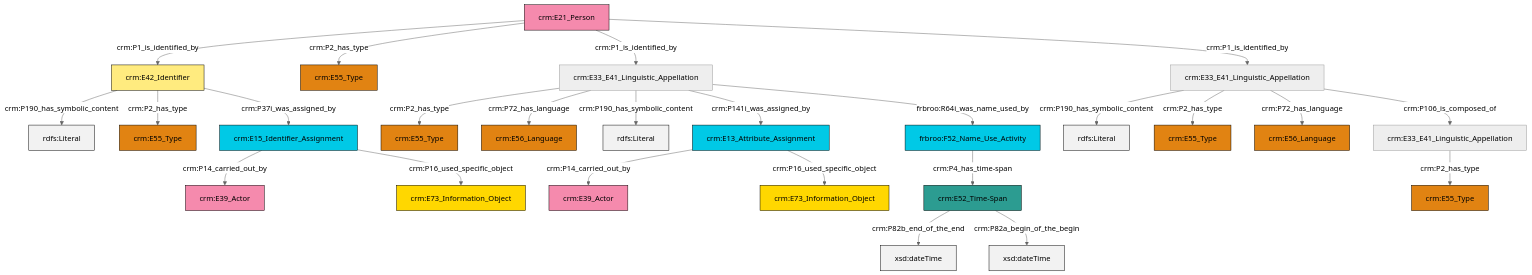
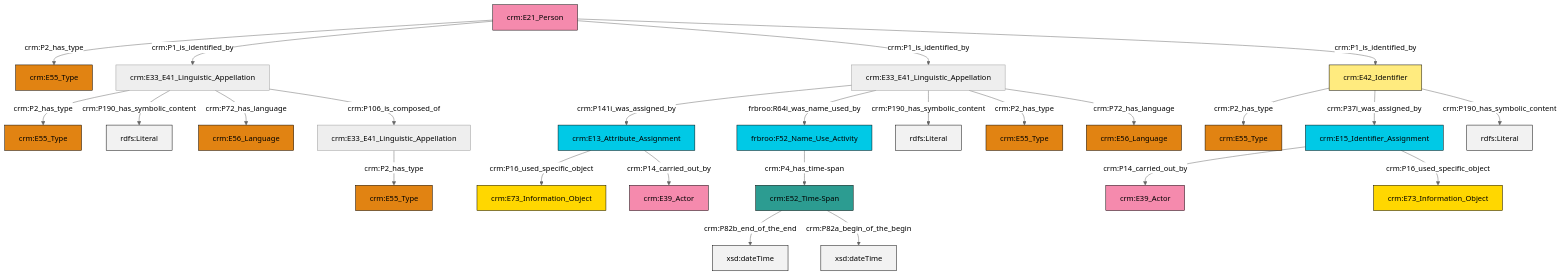
One commit to swiss-art-research-net/reference-data-models changed the diagram in et/personCSV/ttl/mmd/Person_Names_and_Classification.ttl.mmd. Above: the diagram before and after it, drawn with Mermaid (neutral theme). The commit also changed 126 other files, not shown here.

```diff
--- a/et/personCSV/ttl/mmd/Person_Names_and_Classification.ttl.mmd
+++ b/et/personCSV/ttl/mmd/Person_Names_and_Classification.ttl.mmd
@@ -1,39 +1,39 @@
 graph TD
 classDef Literal fill:#f2f2f2,stroke:#000000;
 classDef CRM_Entity fill:#FFFFFF,stroke:#000000;
 classDef Temporal_Entity fill:#00C9E6, stroke:#000000;
 classDef Type fill:#E18312, stroke:#000000;
 classDef Time-Span fill:#2C9C91, stroke:#000000;
 classDef Appellation fill:#FFEB7F, stroke:#000000;
 classDef Place fill:#008836, stroke:#000000;
 classDef Persistent_Item fill:#B266B2, stroke:#000000;
 classDef Conceptual_Object fill:#FFD700, stroke:#000000;
 classDef Physical_Thing fill:#D2B48C, stroke:#000000;
 classDef Actor fill:#f58aad, stroke:#000000;
 classDef PC_Classes fill:#4ce600, stroke:#000000;
 classDef Multi fill:#cccccc,stroke:#000000;
 
-0["crm:E42_Identifier"]:::Appellation -->|crm:P190_has_symbolic_content| 1[rdfs:Literal]:::Literal
-2["crm:E13_Attribute_Assignment"]:::Temporal_Entity -->|crm:P14_carried_out_by| 3["crm:E39_Actor"]:::Actor
-4["crm:E21_Person"]:::Actor -->|crm:P1_is_identified_by| 0["crm:E42_Identifier"]:::Appellation
-11["crm:E33_E41_Linguistic_Appellation"]:::Default -->|crm:P190_has_symbolic_content| 12[rdfs:Literal]:::Literal
-11["crm:E33_E41_Linguistic_Appellation"]:::Default -->|crm:P2_has_type| 14["crm:E55_Type"]:::Type
-2["crm:E13_Attribute_Assignment"]:::Temporal_Entity -->|crm:P16_used_specific_object| 18["crm:E73_Information_Object"]:::Conceptual_Object
-6["frbroo:F52_Name_Use_Activity"]:::Temporal_Entity -->|crm:P4_has_time-span| 19["crm:E52_Time-Span"]:::Time-Span
-22["crm:E33_E41_Linguistic_Appellation"]:::Default -->|crm:P2_has_type| 16["crm:E55_Type"]:::Type
-22["crm:E33_E41_Linguistic_Appellation"]:::Default -->|crm:P72_has_language| 23["crm:E56_Language"]:::Type
-22["crm:E33_E41_Linguistic_Appellation"]:::Default -->|crm:P190_has_symbolic_content| 24[rdfs:Literal]:::Literal
-28["crm:E15_Identifier_Assignment"]:::Temporal_Entity -->|crm:P14_carried_out_by| 29["crm:E39_Actor"]:::Actor
-22["crm:E33_E41_Linguistic_Appellation"]:::Default -->|crm:P141i_was_assigned_by| 2["crm:E13_Attribute_Assignment"]:::Temporal_Entity
-19["crm:E52_Time-Span"]:::Time-Span -->|crm:P82b_end_of_the_end| 31[xsd:dateTime]:::Literal
-9["crm:E33_E41_Linguistic_Appellation"]:::Default -->|crm:P2_has_type| 32["crm:E55_Type"]:::Type
-4["crm:E21_Person"]:::Actor -->|crm:P2_has_type| 33["crm:E55_Type"]:::Type
-22["crm:E33_E41_Linguistic_Appellation"]:::Default -->|frbroo:R64i_was_name_used_by| 6["frbroo:F52_Name_Use_Activity"]:::Temporal_Entity
-0["crm:E42_Identifier"]:::Appellation -->|crm:P2_has_type| 26["crm:E55_Type"]:::Type
-4["crm:E21_Person"]:::Actor -->|crm:P1_is_identified_by| 22["crm:E33_E41_Linguistic_Appellation"]:::Default
-28["crm:E15_Identifier_Assignment"]:::Temporal_Entity -->|crm:P16_used_specific_object| 35["crm:E73_Information_Object"]:::Conceptual_Object
-11["crm:E33_E41_Linguistic_Appellation"]:::Default -->|crm:P72_has_language| 37["crm:E56_Language"]:::Type
-4["crm:E21_Person"]:::Actor -->|crm:P1_is_identified_by| 11["crm:E33_E41_Linguistic_Appellation"]:::Default
-0["crm:E42_Identifier"]:::Appellation -->|crm:P37i_was_assigned_by| 28["crm:E15_Identifier_Assignment"]:::Temporal_Entity
-11["crm:E33_E41_Linguistic_Appellation"]:::Default -->|crm:P106_is_composed_of| 9["crm:E33_E41_Linguistic_Appellation"]:::Default
-19["crm:E52_Time-Span"]:::Time-Span -->|crm:P82a_begin_of_the_begin| 46[xsd:dateTime]:::Literal
+0["crm:E52_Time-Span"]:::Time-Span -->|crm:P82b_end_of_the_end| 1[xsd:dateTime]:::Literal
+4["crm:E21_Person"]:::Actor -->|crm:P2_has_type| 5["crm:E55_Type"]:::Type
+6["crm:E33_E41_Linguistic_Appellation"]:::Default -->|crm:P2_has_type| 2["crm:E55_Type"]:::Type
+9["crm:E42_Identifier"]:::Appellation -->|crm:P2_has_type| 11["crm:E55_Type"]:::Type
+12["crm:E33_E41_Linguistic_Appellation"]:::Default -->|crm:P141i_was_assigned_by| 13["crm:E13_Attribute_Assignment"]:::Temporal_Entity
+12["crm:E33_E41_Linguistic_Appellation"]:::Default -->|frbroo:R64i_was_name_used_by| 14["frbroo:F52_Name_Use_Activity"]:::Temporal_Entity
+9["crm:E42_Identifier"]:::Appellation -->|crm:P37i_was_assigned_by| 15["crm:E15_Identifier_Assignment"]:::Temporal_Entity
+0["crm:E52_Time-Span"]:::Time-Span -->|crm:P82a_begin_of_the_begin| 16[xsd:dateTime]:::Literal
+24["crm:E33_E41_Linguistic_Appellation"]:::Default -->|crm:P2_has_type| 18["crm:E55_Type"]:::Type
+13["crm:E13_Attribute_Assignment"]:::Temporal_Entity -->|crm:P16_used_specific_object| 25["crm:E73_Information_Object"]:::Conceptual_Object
+12["crm:E33_E41_Linguistic_Appellation"]:::Default -->|crm:P190_has_symbolic_content| 26[rdfs:Literal]:::Literal
+4["crm:E21_Person"]:::Actor -->|crm:P1_is_identified_by| 6["crm:E33_E41_Linguistic_Appellation"]:::Default
+13["crm:E13_Attribute_Assignment"]:::Temporal_Entity -->|crm:P14_carried_out_by| 27["crm:E39_Actor"]:::Actor
+12["crm:E33_E41_Linguistic_Appellation"]:::Default -->|crm:P2_has_type| 20["crm:E55_Type"]:::Type
+4["crm:E21_Person"]:::Actor -->|crm:P1_is_identified_by| 12["crm:E33_E41_Linguistic_Appellation"]:::Default
+6["crm:E33_E41_Linguistic_Appellation"]:::Default -->|crm:P190_has_symbolic_content| 29[rdfs:Literal]:::Literal
+9["crm:E42_Identifier"]:::Appellation -->|crm:P190_has_symbolic_content| 37[rdfs:Literal]:::Literal
+15["crm:E15_Identifier_Assignment"]:::Temporal_Entity -->|crm:P14_carried_out_by| 38["crm:E39_Actor"]:::Actor
+14["frbroo:F52_Name_Use_Activity"]:::Temporal_Entity -->|crm:P4_has_time-span| 0["crm:E52_Time-Span"]:::Time-Span
+4["crm:E21_Person"]:::Actor -->|crm:P1_is_identified_by| 9["crm:E42_Identifier"]:::Appellation
+6["crm:E33_E41_Linguistic_Appellation"]:::Default -->|crm:P72_has_language| 30["crm:E56_Language"]:::Type
+12["crm:E33_E41_Linguistic_Appellation"]:::Default -->|crm:P72_has_language| 34["crm:E56_Language"]:::Type
+6["crm:E33_E41_Linguistic_Appellation"]:::Default -->|crm:P106_is_composed_of| 24["crm:E33_E41_Linguistic_Appellation"]:::Default
+15["crm:E15_Identifier_Assignment"]:::Temporal_Entity -->|crm:P16_used_specific_object| 43["crm:E73_Information_Object"]:::Conceptual_Object
```
